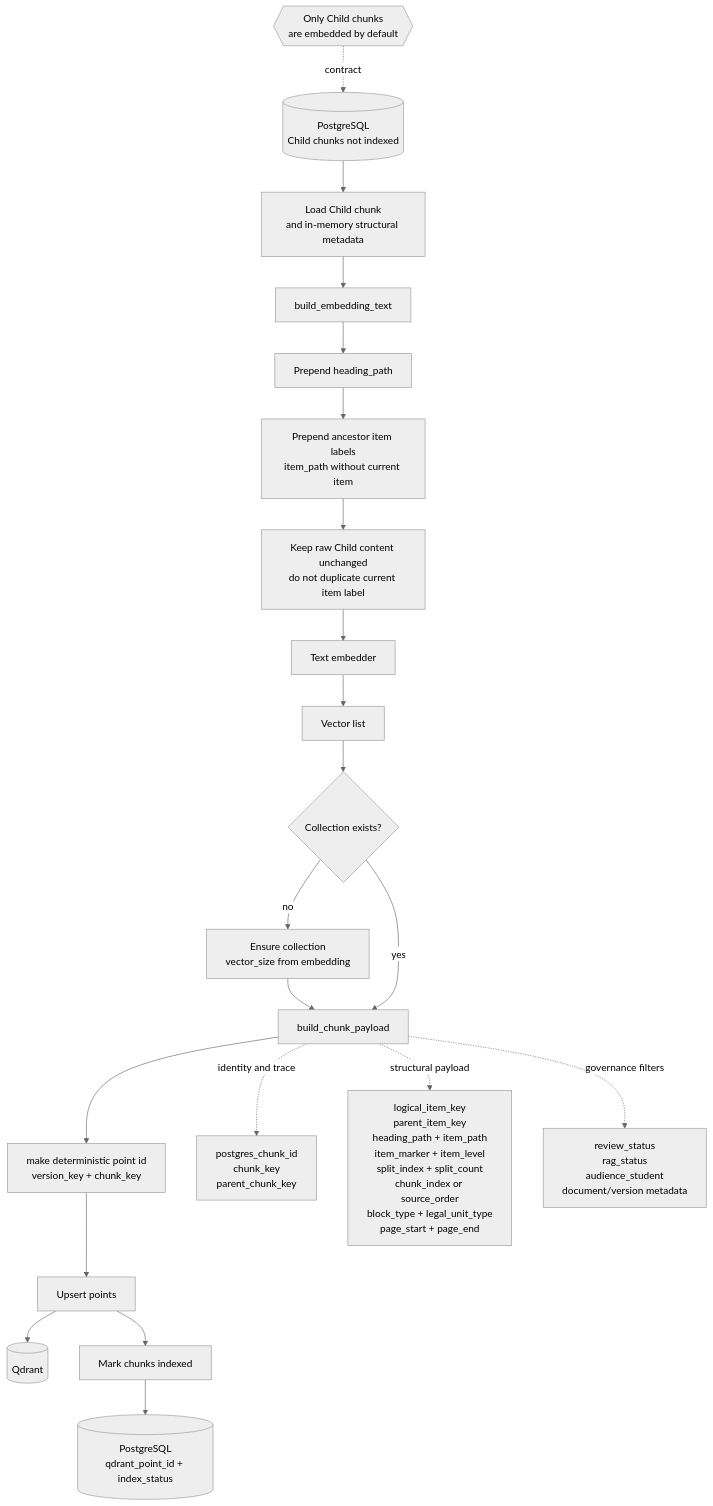
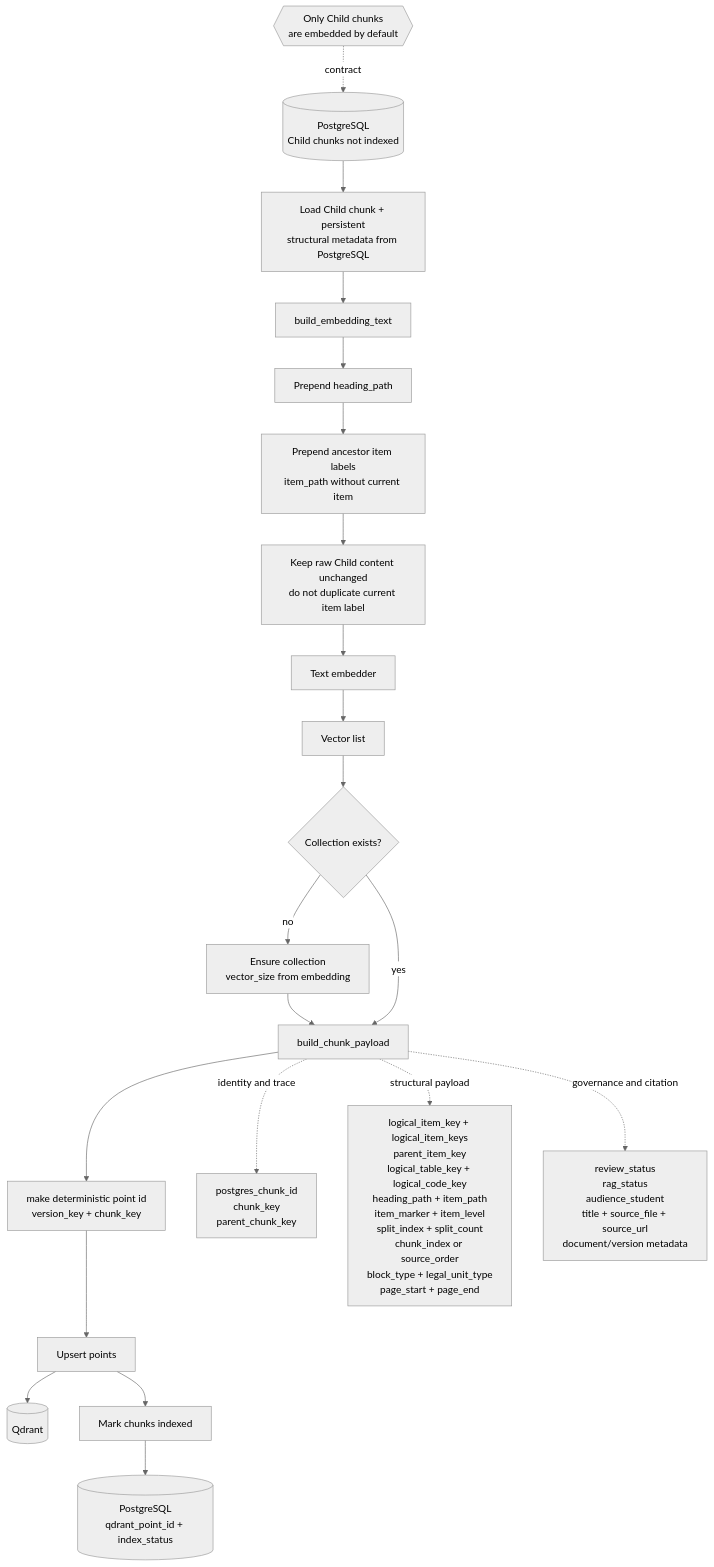
The diagram in .docs/diagrams/flowchart/14_15_embedding_qdrant_indexing_flow.mmd (Ngocanhjr/CSS-CTU-Student-Service), drawn with Mermaid (neutral theme) before and after one commit. The commit also changed 31 other files, not shown here.

Commit message:
'update-flowchat-excalidraw'

```diff
--- a/.docs/diagrams/flowchart/14_15_embedding_qdrant_indexing_flow.mmd
+++ b/.docs/diagrams/flowchart/14_15_embedding_qdrant_indexing_flow.mmd
@@ -1,33 +1,33 @@
 %% Sources:
 %% - 14_PART_G_EMBEDDING_GUIDE.md
 %% - 15_PART_H_QDRANT_VECTORSTORE_GUIDE.md
 
 flowchart TD
     A[(PostgreSQL<br/>Child chunks not indexed)]
-    B[Load Child chunk<br/>and in-memory structural metadata]
+    B[Load Child chunk + persistent<br/>structural metadata from PostgreSQL]
     C[build_embedding_text]
     D[Prepend heading_path]
     E[Prepend ancestor item labels<br/>item_path without current item]
     F[Keep raw Child content unchanged<br/>do not duplicate current item label]
     G[Text embedder]
     H[Vector list]
     I{Collection exists?}
     J[Ensure collection<br/>vector_size from embedding]
     K[build_chunk_payload]
     L[make deterministic point id<br/>version_key + chunk_key]
     M[Upsert points]
     N[(Qdrant)]
     O[Mark chunks indexed]
     P[(PostgreSQL<br/>qdrant_point_id + index_status)]
 
     A --> B --> C --> D --> E --> F --> G --> H --> I
     I -->|no| J --> K
     I -->|yes| K
     K --> L --> M --> N
     M --> O --> P
 
     K -. identity and trace .-> Q[postgres_chunk_id<br/>chunk_key<br/>parent_chunk_key]
-    K -. structural payload .-> R[logical_item_key<br/>parent_item_key<br/>heading_path + item_path<br/>item_marker + item_level<br/>split_index + split_count<br/>chunk_index or source_order<br/>block_type + legal_unit_type<br/>page_start + page_end]
-    K -. governance filters .-> S[review_status<br/>rag_status<br/>audience_student<br/>document/version metadata]
+    K -. structural payload .-> R[logical_item_key + logical_item_keys<br/>parent_item_key<br/>logical_table_key + logical_code_key<br/>heading_path + item_path<br/>item_marker + item_level<br/>split_index + split_count<br/>chunk_index or source_order<br/>block_type + legal_unit_type<br/>page_start + page_end]
+    K -. governance and citation .-> S[review_status<br/>rag_status<br/>audience_student<br/>title + source_file + source_url<br/>document/version metadata]
 
     T{{Only Child chunks<br/>are embedded by default}} -. contract .-> A
```
